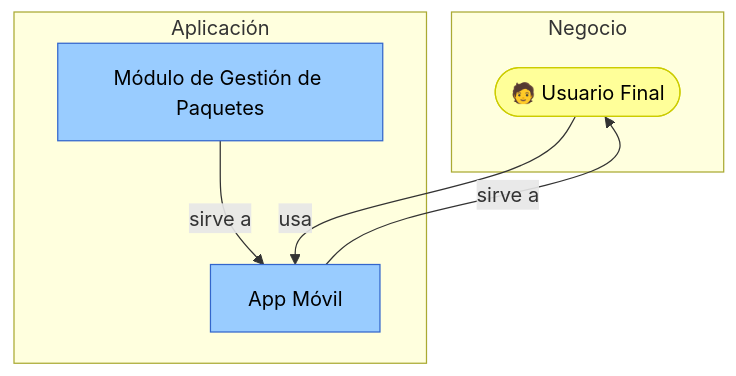
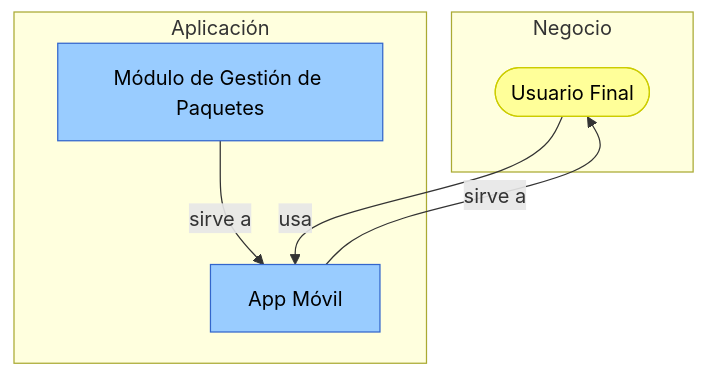
One commit to CesarAVegaF312/AREM-Taller_3_Arquitectura_C4 changed diagram 11 of 11 in clase/guia_paso_a_paso_c4.md. Above: the diagram before and after it, drawn with Mermaid. The commit also changed other lines of this file and 4 other files, not shown here.

````diff
--- a/clase/guia_paso_a_paso_c4.md
+++ b/clase/guia_paso_a_paso_c4.md
@@ -337,19 +337,19 @@
 ```mermaid
 flowchart TD
     subgraph negocio["Negocio"]
-        usuario(["🧑 Usuario Final"])
+        usuario(["Usuario Final"])
     end
     subgraph aplicacion["Aplicación"]
         appmovil["App Móvil"]
         gestion["Módulo de Gestión de Paquetes"]
     end
 
     usuario -->|"usa"| appmovil
     appmovil -->|"sirve a"| usuario
     gestion -->|"sirve a"| appmovil
 
     classDef negocio fill:#ffff99,color:#000,stroke:#cccc00;
     classDef aplicacion fill:#99ccff,color:#000,stroke:#3366cc;
     class usuario negocio
     class appmovil,gestion aplicacion
 ```
````
